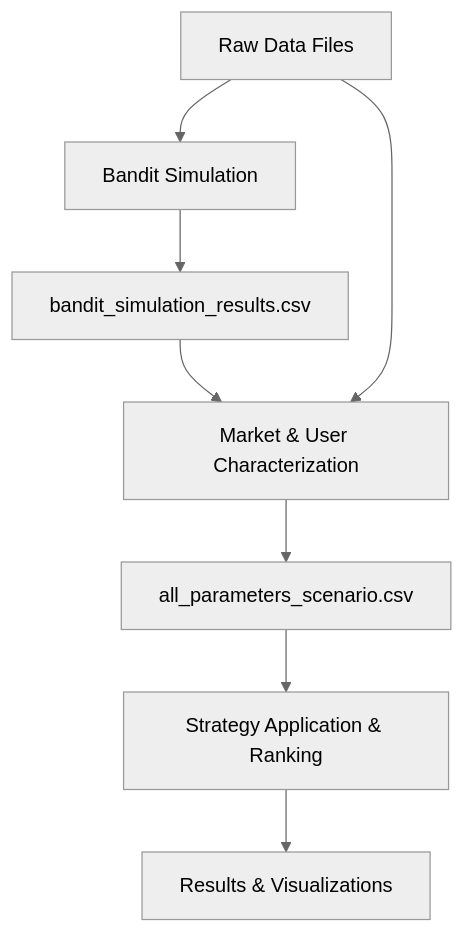
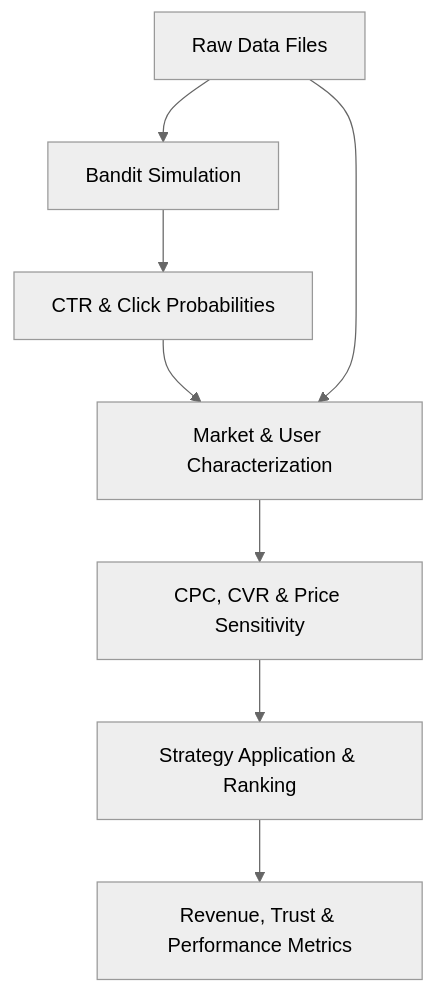
One commit to alifradi/Dynamic-Pricing-app changed the diagram in README.md. Above: the diagram before and after it, drawn with Mermaid (neutral theme). The commit also changed 11 other files, not shown here.

Commit message:
working fine probs graph is showing up

````diff
--- a/README.md
+++ b/README.md
@@ -29,10 +29,10 @@
 ```mermaid
 graph TD
     A[Raw Data Files] --> B[Bandit Simulation];
-    B --> C[bandit_simulation_results.csv];
+    B --> C[CTR & Click Probabilities];
     C --> D[Market & User Characterization];
     A --> D;
-    D --> E[all_parameters_scenario.csv];
+    D --> E[CPC, CVR & Price Sensitivity];
     E --> F[Strategy Application & Ranking];
-    F --> G[Results & Visualizations];
+    F --> G[Revenue, Trust & Performance Metrics];
 ```
````
